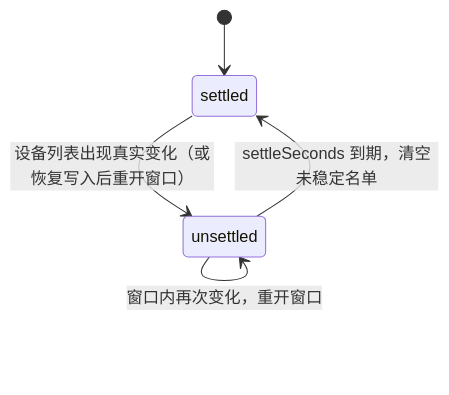
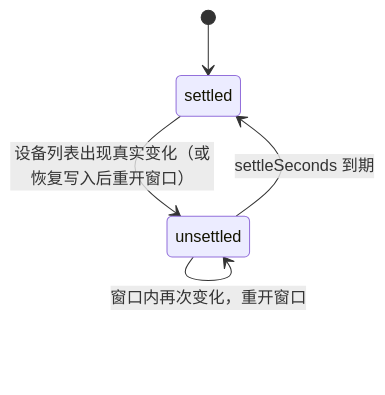
One commit to Forgo7ten/MicLock changed the second of 3 diagrams in docs/auto-mode.md. Above: the diagram before and after it, drawn with Mermaid. The commit also changed other lines of this file and 7 other files, not shown here.

````diff
--- a/docs/auto-mode.md
+++ b/docs/auto-mode.md
@@ -58,7 +60,7 @@
 ```mermaid
 stateDiagram-v2
     [*] --> settled
     settled --> unsettled: 设备列表出现真实变化（或恢复写入后重开窗口）
     unsettled --> unsettled: 窗口内再次变化，重开窗口
-    unsettled --> settled: settleSeconds 到期，清空未稳定名单
+    unsettled --> settled: settleSeconds 到期
 ```
````
